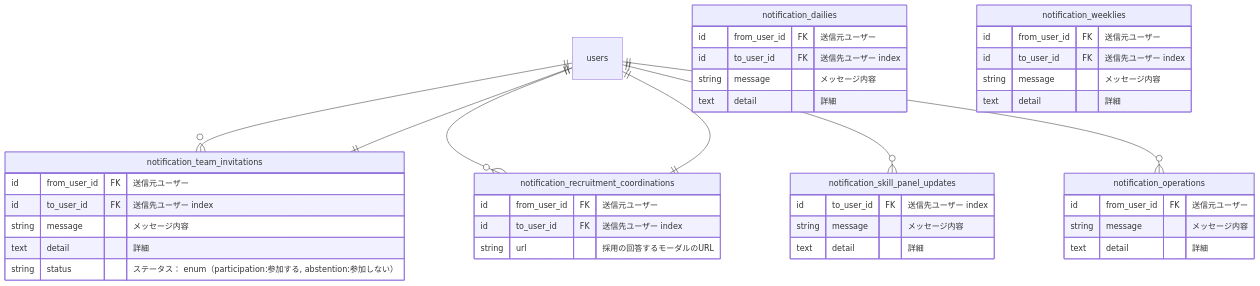
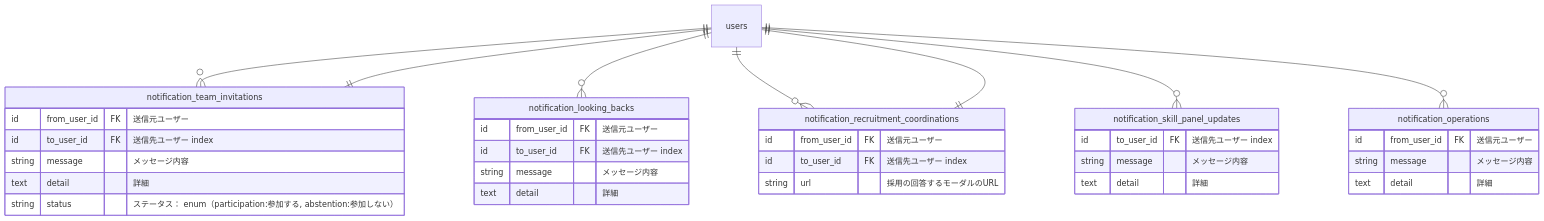
Before and after one commit to bright-org/bright: the third of 5 diagrams in docs/conceptual_schemas/notifications.md, drawn with Mermaid. The commit also changed other lines of this file, not shown here.

Commit message:
通知_振り返り

````diff
--- a/docs/conceptual_schemas/notifications.md
+++ b/docs/conceptual_schemas/notifications.md
@@ -33,52 +35,48 @@
 ```mermaid
 erDiagram
   "users" ||--o{ "notification_team_invitations" : ""
   "notification_team_invitations" ||--|| "users" : ""
+
+  "users" ||--o{ "notification_looking_backs" : ""
 
   "users" ||--o{ "notification_recruitment_coordinations" : ""
   "notification_recruitment_coordinations" ||--|| "users" : ""
 
   "users" ||--o{ "notification_skill_panel_updates"　: ""
   "users" ||--o{ "notification_operations" : ""
 
   notification_team_invitations {
     id from_user_id	FK "送信元ユーザー"
     id to_user_id	FK "送信先ユーザー index"
     string message	"メッセージ内容"
     text detail	"詳細"
     string status "ステータス： enum（participation:参加する, abstention:参加しない）"
   }
   
-  notification_dailies {
+  notification_looking_backs {
     id from_user_id	FK "送信元ユーザー"
     id to_user_id	FK "送信先ユーザー index"
     string message	"メッセージ内容"
     text detail	"詳細"
   }
 
-  notification_weeklies {
-    id from_user_id	FK "送信元ユーザー"
-    id to_user_id	FK "送信先ユーザー index"
-    string message	"メッセージ内容"
-    text detail	"詳細"
-  }
 
   notification_recruitment_coordinations {
     id from_user_id	FK "送信元ユーザー"
     id to_user_id	FK "送信先ユーザー index"
     string url	"採用の回答するモーダルのURL"
   }
 
   notification_skill_panel_updates {
     id to_user_id	FK "送信先ユーザー index"
     string message	"メッセージ内容"
     text detail	"詳細"
   }
 
   notification_operations {
     id from_user_id	FK "送信元ユーザー"
     string message	"メッセージ内容"
     text detail	"詳細"
   }
   
 ```
````
